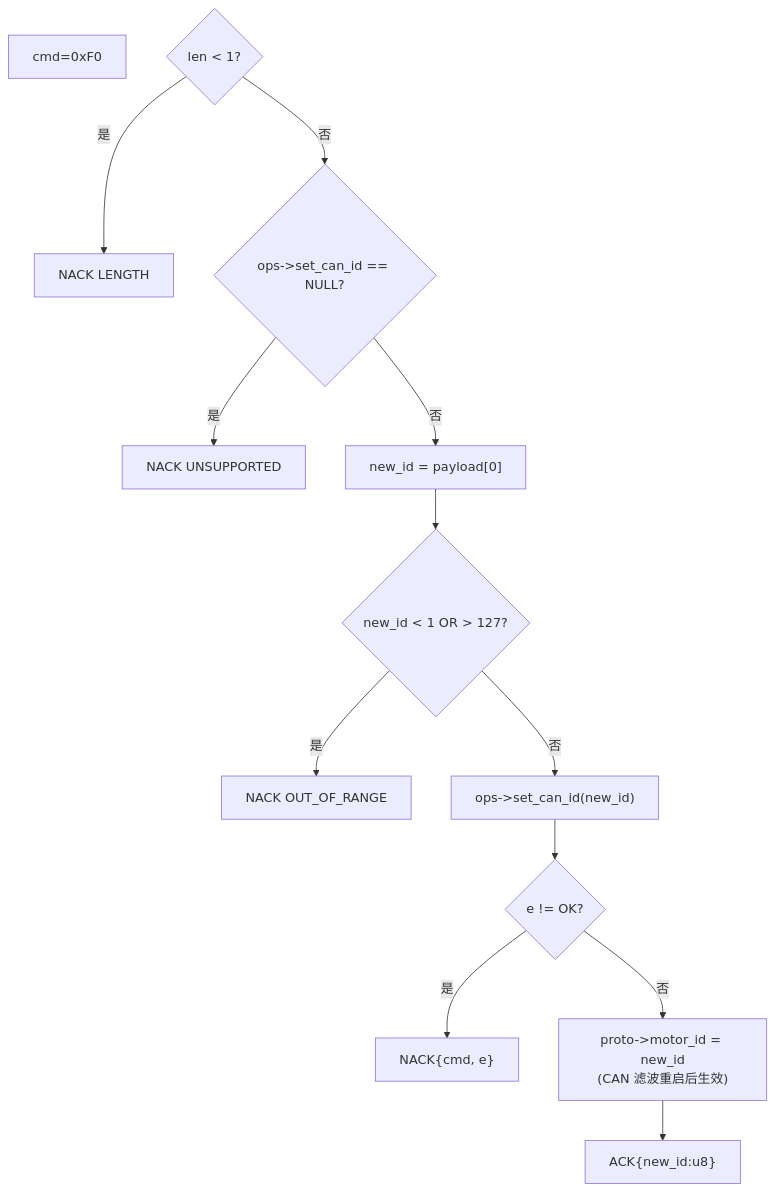
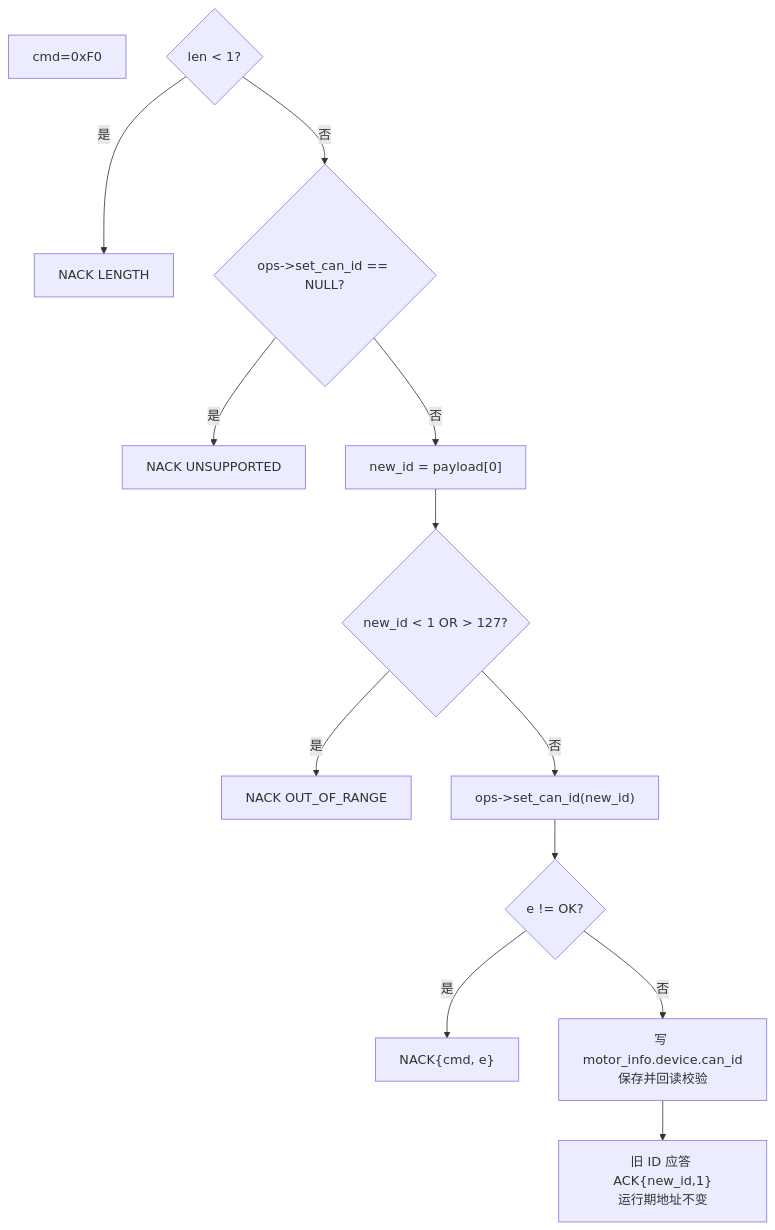
One commit to DalinYYYY/JM-App changed diagram 11 of 22 in User/Protocol/docs/joint_proto_解析流程说明.md. Above: the diagram before and after it, drawn with Mermaid. The commit also changed other lines of this file and 6 other files, not shown here.

````diff
--- a/User/Protocol/docs/joint_proto_解析流程说明.md
+++ b/User/Protocol/docs/joint_proto_解析流程说明.md
@@ -408,12 +408,12 @@
 ```mermaid
 flowchart TB
     S0["cmd=0xF0"]
     L1{"len < 1?"} -->|是| N1["NACK LENGTH"]
     L1 -->|否| L2{"ops->set_can_id == NULL?"} -->|是| N2["NACK UNSUPPORTED"]
     L2 -->|否| P1["new_id = payload[0]"]
     P1 --> L3{"new_id < 1 OR > 127?"} -->|是| N3["NACK OUT_OF_RANGE"]
     L3 -->|否| CALL["ops->set_can_id(new_id)"]
     CALL --> L4{"e != OK?"} -->|是| N4["NACK{cmd, e}"]
-    L4 -->|否| UPD["proto->motor_id = new_id<br/>(CAN 滤波重启后生效)"]
-    UPD --> ACK["ACK{new_id:u8}"]
+    L4 -->|否| SAVE["写 motor_info.device.can_id<br/>保存并回读校验"]
+    SAVE --> ACK["旧 ID 应答 ACK{new_id,1}<br/>运行期地址不变"]
 ```
````
